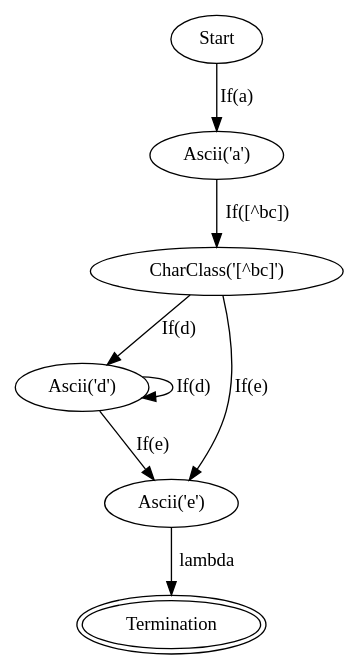
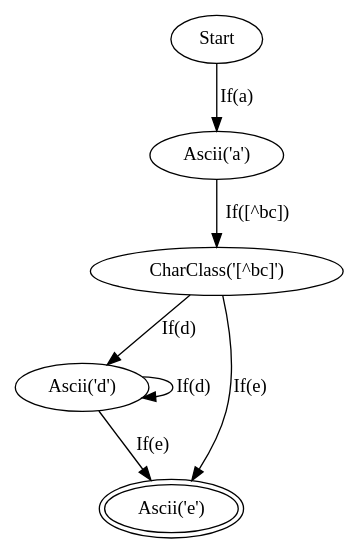
The diagram in examples/pattern0.dot (kerfmanner/Regex_FSM), drawn with Graphviz before and after one commit. The commit also changed 14 other files, not shown here.

```diff
--- a/examples/pattern0.dot
+++ b/examples/pattern0.dot
@@ -1,15 +1,13 @@
 digraph FSM {
 node0 [label="Start"];
 node0 -> node1 [label="If(a)"];
 node1 [label="Ascii('a')"];
 node1 -> node2 [label="If([^bc])"];
 node2 [label="CharClass('[^bc]')"];
 node2 -> node3 [label="If(d)"];
 node2 -> node4 [label="If(e)"];
 node3 [label="Ascii('d')"];
 node3 -> node3 [label="If(d)"];
 node3 -> node4 [label="If(e)"];
-node4 [label="Ascii('e')"];
-node4 -> node5 [label="lambda"];
-node5 [label="Termination", peripheries=2];
+node4 [label="Ascii('e')", peripheries=2];
 }
```
